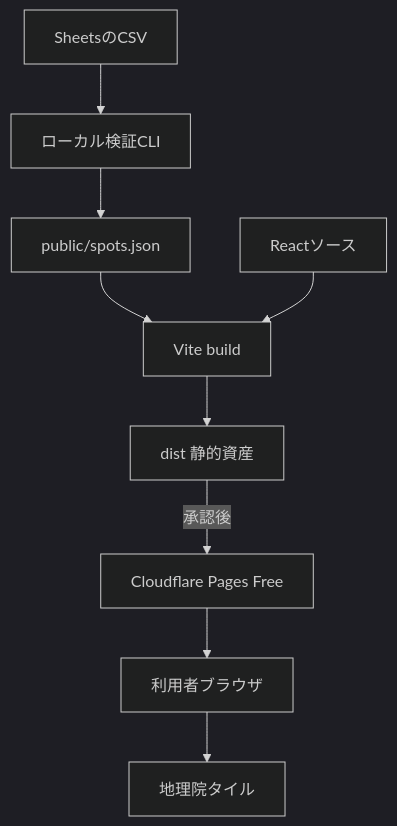
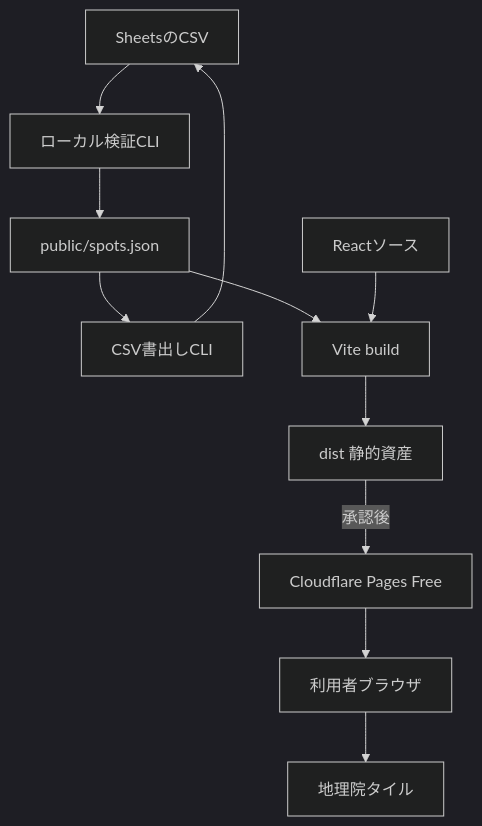
The second of 4 diagrams in docs/ARCHITECTURE.md (suzaking/lespot), drawn with Mermaid (dark theme) before and after one commit. The commit also changed other lines of this file and 23 other files, not shown here.

````diff
--- a/docs/ARCHITECTURE.md
+++ b/docs/ARCHITECTURE.md
@@ -18,11 +18,13 @@
 ```mermaid
 flowchart TD
  S[SheetsのCSV] --> V[ローカル検証CLI]
+ J --> E[CSV書出しCLI]
+ E --> S
  V --> J[public/spots.json]
  J --> B[Vite build]
  C[Reactソース] --> B
  B --> D[dist 静的資産]
  D -->|承認後| P[Cloudflare Pages Free]
  P --> R[利用者ブラウザ]
  R --> T[地理院タイル]
 ```
````
